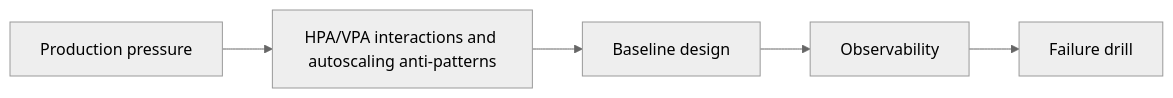
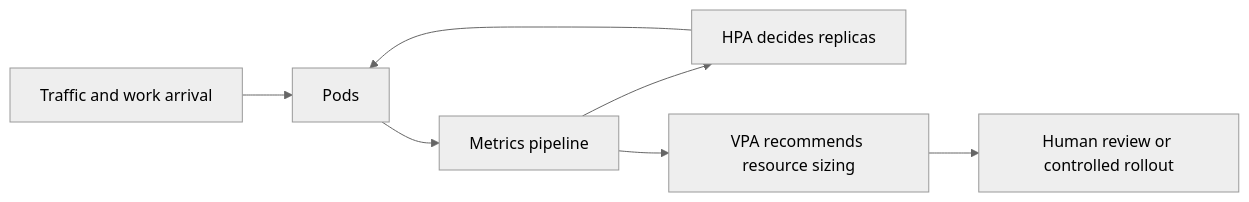
Before and after one commit to sandeepbhardwaj/sandeepbhardwaj.github.io: the diagram in _posts/2026-09-02-k8s-hpa-vpa-autoscaling-antipatterns-part-1.md, drawn with Mermaid (neutral theme). The commit also changed other lines of this file and 19 other files, not shown here.

````diff
--- a/_posts/2026-09-02-k8s-hpa-vpa-autoscaling-antipatterns-part-1.md
+++ b/_posts/2026-09-02-k8s-hpa-vpa-autoscaling-antipatterns-part-1.md
@@ -57,7 +74,9 @@
 ```mermaid
 flowchart LR
-    A[Production pressure] --> B[HPA/VPA interactions and autoscaling anti-patterns]
-    B --> C[Baseline design]
-    C --> D[Observability]
-    D --> E[Failure drill]
+    A[Traffic and work arrival] --> B[Pods]
+    B --> C[Metrics pipeline]
+    C --> D[HPA decides replicas]
+    C --> E[VPA recommends resource sizing]
+    D --> B
+    E --> F[Human review or controlled rollout]
 ```
````
